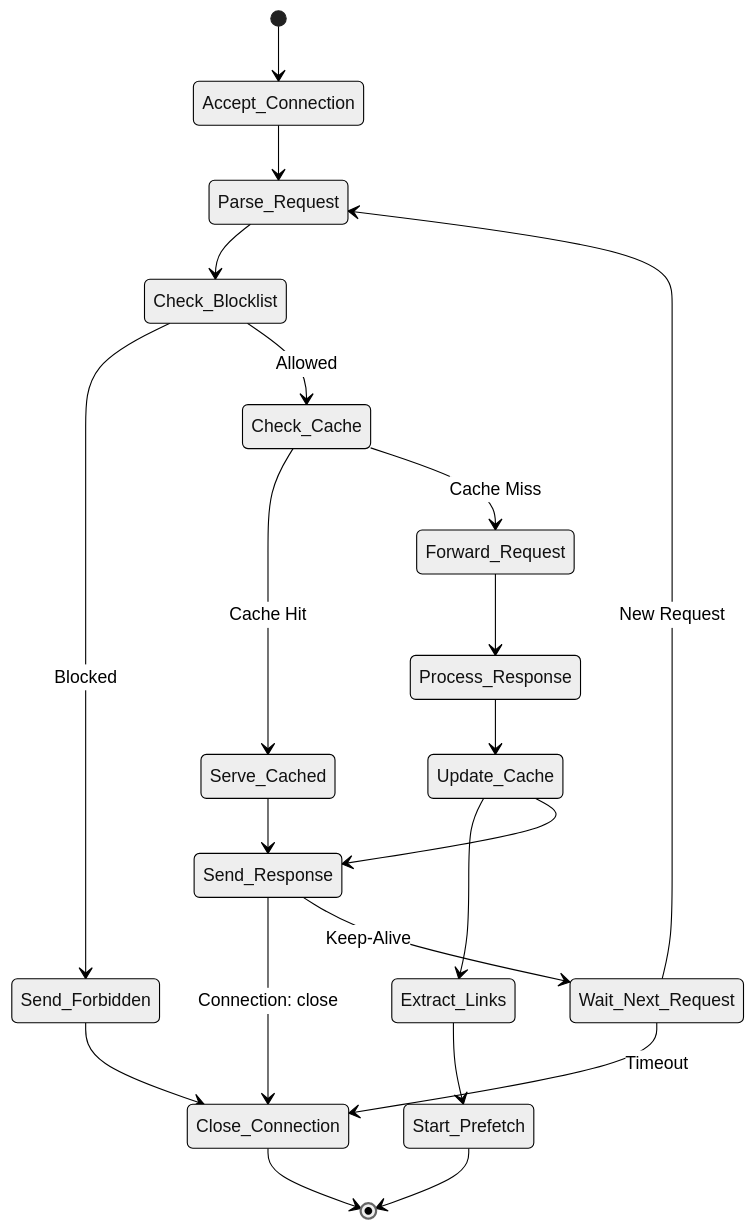
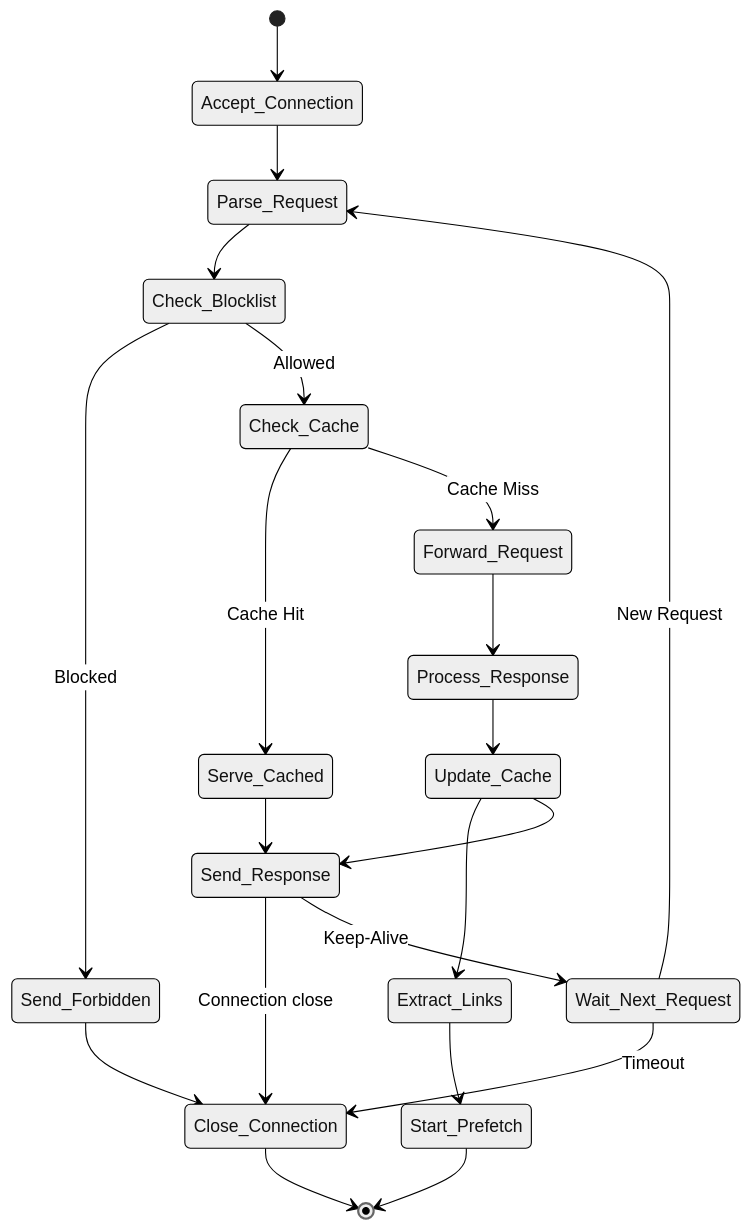
Before and after one commit to parthishere/NetworksSystem: the fourth of 4 diagrams in PA3/README.md, drawn with Mermaid (neutral theme).

````diff
--- a/PA3/README.md
+++ b/PA3/README.md
@@ -190,31 +190,31 @@
 ```mermaid
 stateDiagram-v2
     [*] --> Accept_Connection
     Accept_Connection --> Parse_Request
     Parse_Request --> Check_Blocklist
     
     Check_Blocklist --> Send_Forbidden: Blocked
     Check_Blocklist --> Check_Cache: Allowed
     
     Check_Cache --> Serve_Cached: Cache Hit
     Check_Cache --> Forward_Request: Cache Miss
     
     Forward_Request --> Process_Response
     Process_Response --> Update_Cache
     Update_Cache --> Extract_Links
     Extract_Links --> Start_Prefetch
     
     Serve_Cached --> Send_Response
     Update_Cache --> Send_Response
     
-    Send_Response --> Close_Connection: Connection: close
+    Send_Response --> Close_Connection: Connection close
     Send_Response --> Wait_Next_Request: Keep-Alive
     
     Wait_Next_Request --> Parse_Request: New Request
     Wait_Next_Request --> Close_Connection: Timeout
     
     Send_Forbidden --> Close_Connection
     Close_Connection --> [*]
     
     Start_Prefetch --> [*]
 ```
````
